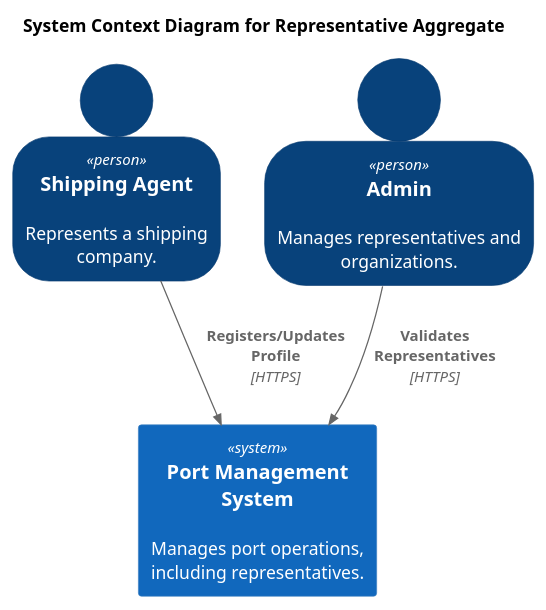
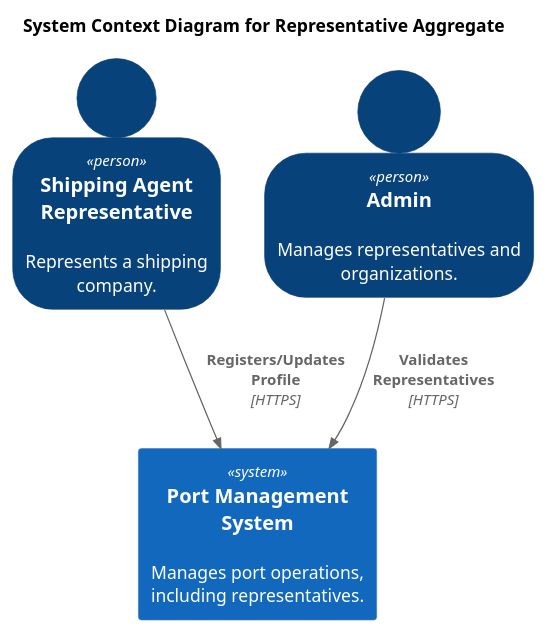
The diagram in docs/C4Diagrams/Aggregates/Representative/1_Context.puml (igor-coutinho22/Port_Management_System), drawn with PlantUML before and after one commit. The commit also changed 10 other files, not shown here.

Commit message:
fixes in C4 diagrams names

```diff
--- a/docs/C4Diagrams/Aggregates/Representative/1_Context.puml
+++ b/docs/C4Diagrams/Aggregates/Representative/1_Context.puml
@@ -1,16 +1,16 @@
 @startuml
 !include https://raw.githubusercontent.com/plantuml-stdlib/C4-PlantUML/master/C4_Context.puml
 
 SHOW_PERSON_OUTLINE()
 
 title System Context Diagram for Representative Aggregate
 
-Person(shippingAgent, "Shipping Agent", "Represents a shipping company.")
+Person(shippingAgent, "Shipping Agent Representative", "Represents a shipping company.")
 Person(admin, "Admin", "Manages representatives and organizations.")
 
 System(portSystem, "Port Management System", "Manages port operations, including representatives.")
 
 Rel(shippingAgent, portSystem, "Registers/Updates Profile", "HTTPS")
 Rel(admin, portSystem, "Validates Representatives", "HTTPS")
 
 @enduml
```
